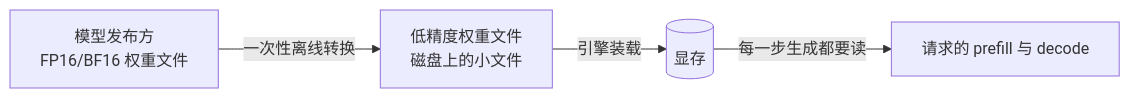
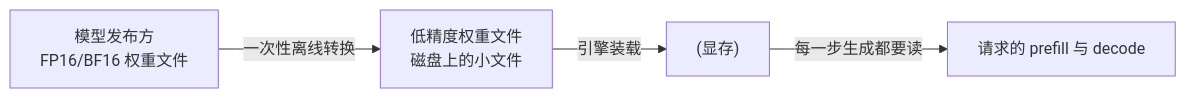
The diagram in content-v2/part2/2-2.md (Bahtya/llm-learning), drawn with Mermaid before and after one commit. The commit also changed 10 other files, not shown here.

Commit message:
mermaid 节点标签全量加引号防解析失败；index.html 静态资源加版本参数穿透缓存

````diff
--- a/content-v2/part2/2-2.md
+++ b/content-v2/part2/2-2.md
@@ -19,6 +19,6 @@
 ```mermaid
 graph LR
-    A[模型发布方<br/>FP16/BF16 权重文件] -- 一次性离线转换 --> B[低精度权重文件<br/>磁盘上的小文件]
-    B -- 引擎装载 --> C[(显存)]
-    C -- 每一步生成都要读 --> D[请求的 prefill 与 decode]
+    A["模型发布方<br/>FP16/BF16 权重文件"] -- 一次性离线转换 --> B["低精度权重文件<br/>磁盘上的小文件"]
+    B -- 引擎装载 --> C["(显存)"]
+    C -- 每一步生成都要读 --> D["请求的 prefill 与 decode"]
 ```
````
